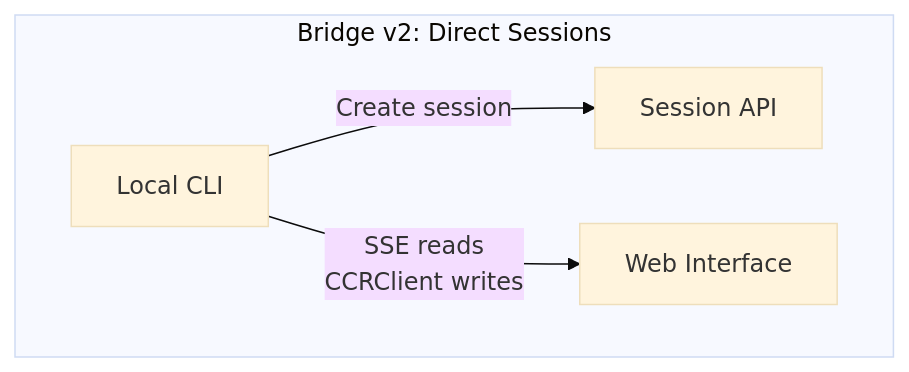
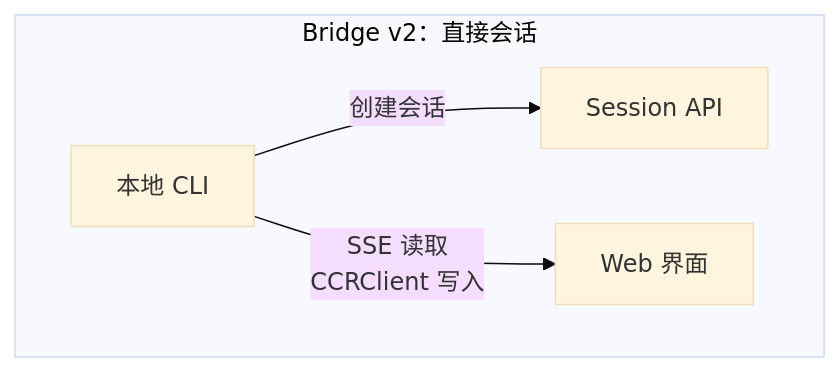
Before and after one commit to quanuanc/claude-code-from-source: the second of 4 diagrams in book-zh/ch16-remote.md, drawn with Mermaid (base theme). The commit also changed other lines of this file and 1 other file, not shown here.

````diff
--- a/book-zh/ch16-remote.md
+++ b/book-zh/ch16-remote.md
@@ -29,7 +22,7 @@
 ```mermaid
 graph TB
-    subgraph "Bridge v2: Direct Sessions"
-        CLI2[Local CLI] -->|Create session| SESSION[Session API]
-        CLI2 -->|"SSE reads<br/>CCRClient writes"| WEB2[Web Interface]
+    subgraph "Bridge v2：直接会话"
+        CLI2[本地 CLI] -->|创建会话| SESSION[Session API]
+        CLI2 -->|"SSE 读取<br/>CCRClient 写入"| WEB2[Web 界面]
     end
 ```
````
